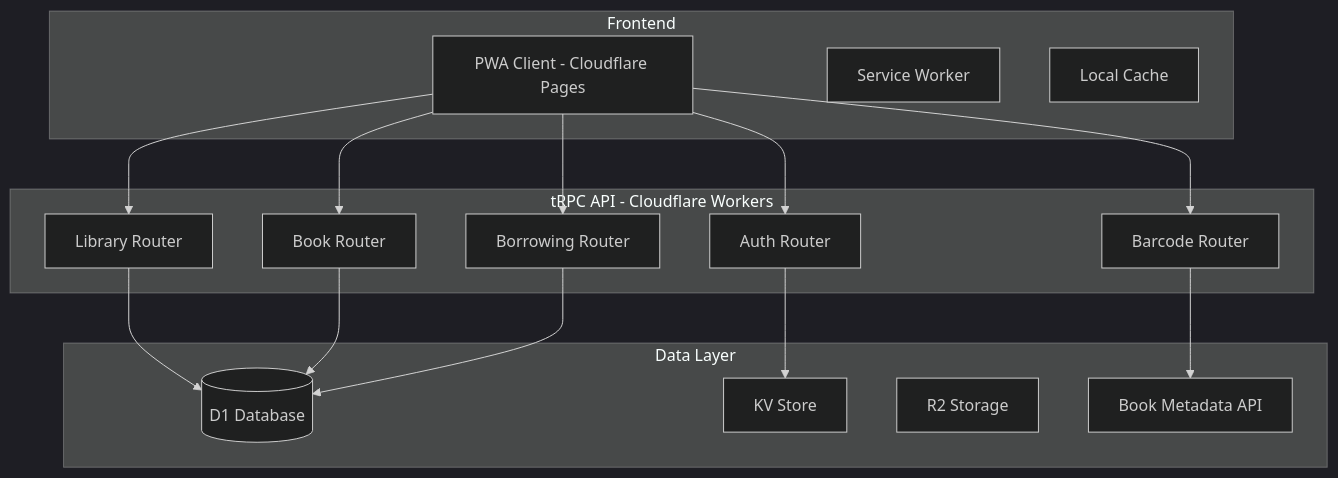
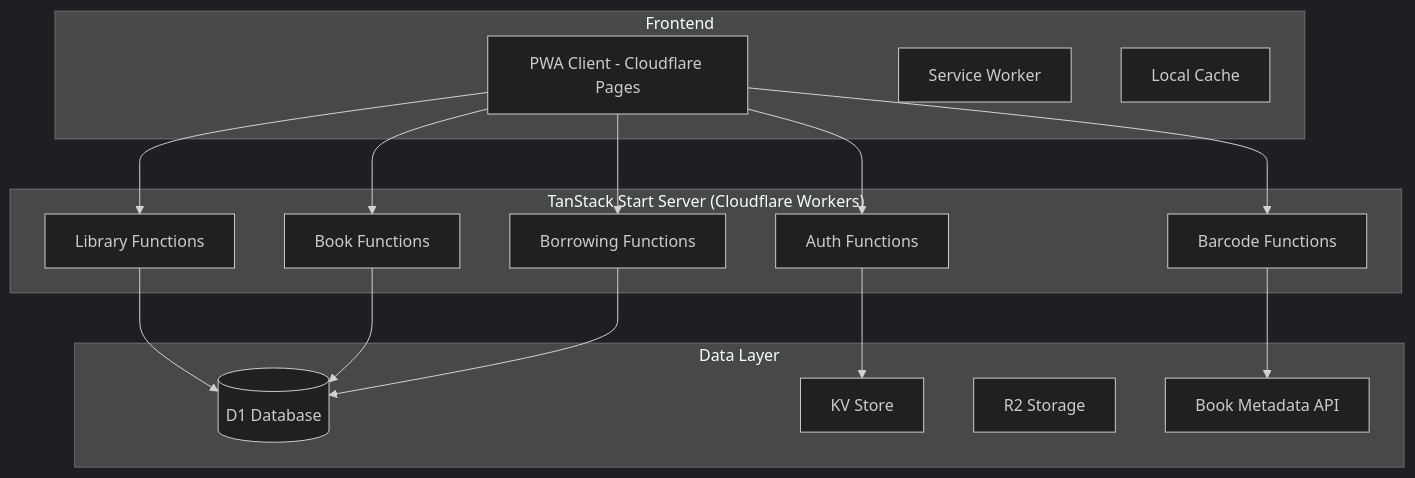
Before and after one commit to jizusun/OpenBookCorner: the second of 2 diagrams in .kiro/steering/design.md, drawn with Mermaid (dark theme). The commit also changed other lines of this file and 6 other files, not shown here.

Commit message:
docs: rewrite design docs, MVP spec, README to TanStack Start server-function stack

````diff
--- a/.kiro/steering/design.md
+++ b/.kiro/steering/design.md
@@ -631,35 +631,35 @@
 ```mermaid
 graph TB
     subgraph "Frontend"
         PWA[PWA Client - Cloudflare Pages]
         SW[Service Worker]
         Cache[Local Cache]
     end
     
-    subgraph "tRPC API - Cloudflare Workers"
-        AuthAPI[Auth Router]
-        LibraryAPI[Library Router]
-        BookAPI[Book Router]
-        BorrowAPI[Borrowing Router]
-        BarcodeAPI[Barcode Router]
+    subgraph "TanStack Start Server (Cloudflare Workers)"
+        AuthAPI[Auth Functions]
+        LibraryAPI[Library Functions]
+        BookAPI[Book Functions]
+        BorrowAPI[Borrowing Functions]
+        BarcodeAPI[Barcode Functions]
     end
     
     subgraph "Data Layer"
         D1[(D1 Database)]
         KV[KV Store]
         R2[R2 Storage]
         ExternalAPI[Book Metadata API]
     end
     
     PWA --> AuthAPI
     PWA --> LibraryAPI
     PWA --> BookAPI
     PWA --> BorrowAPI
     PWA --> BarcodeAPI
     
     AuthAPI --> KV
     LibraryAPI --> D1
     BookAPI --> D1
     BorrowAPI --> D1
     BarcodeAPI --> ExternalAPI
 ```
````
